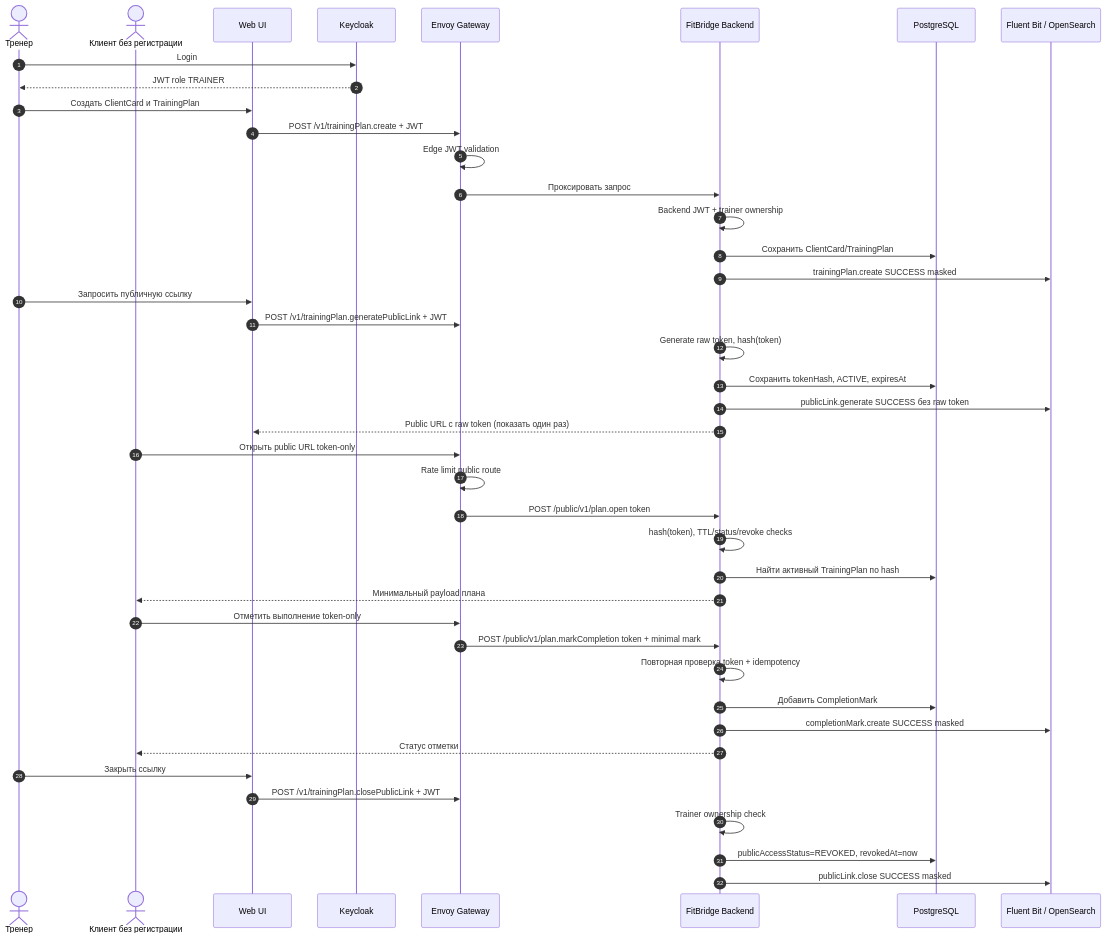
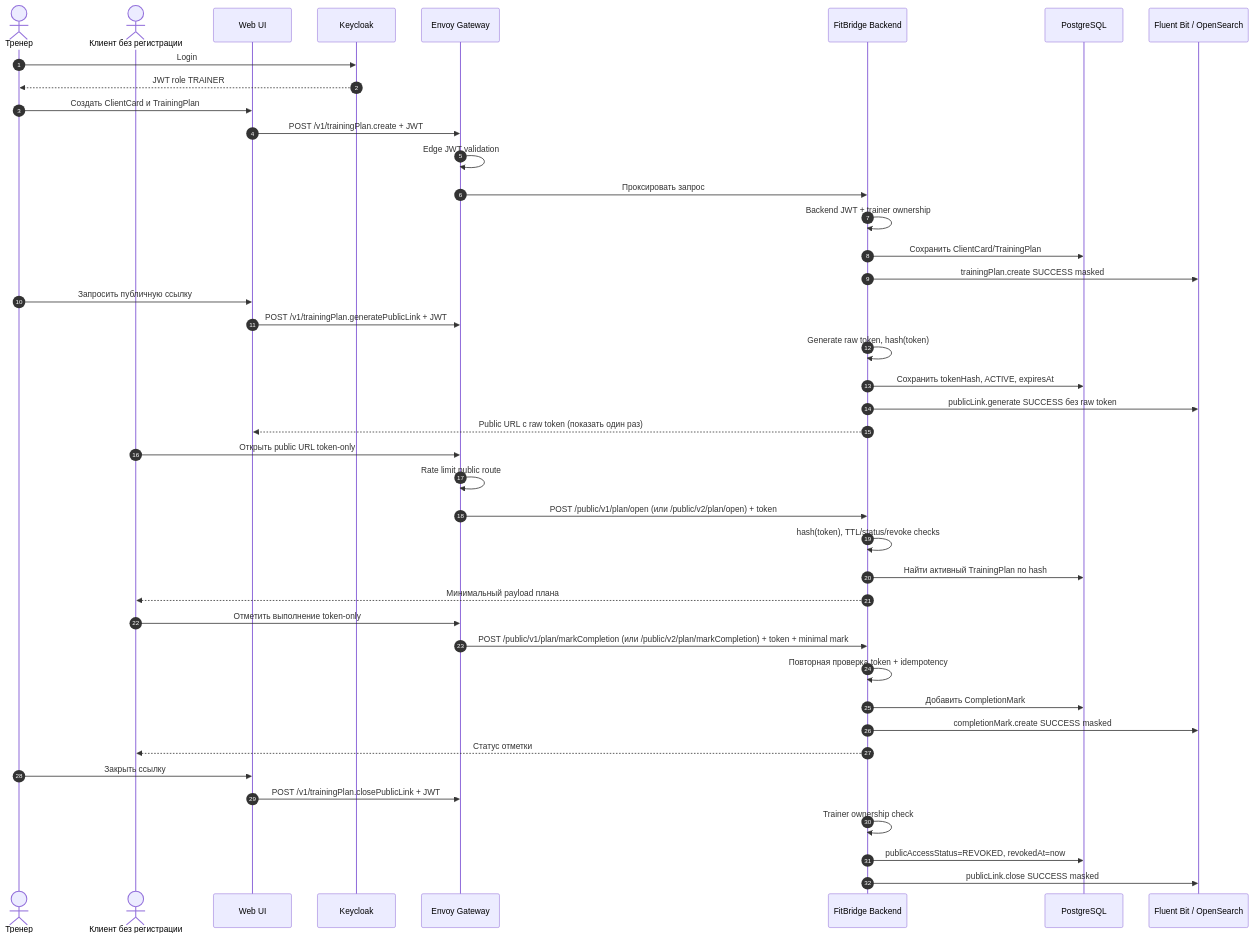
Before and after one commit to MartyanovAV/otuskotlin: the diagram in docs/03-architecture/SECURITY_ARCHITECTURE.md, drawn with Mermaid. The commit also changed other lines of this file and 20 other files, not shown here.

````diff
--- a/docs/03-architecture/SECURITY_ARCHITECTURE.md
+++ b/docs/03-architecture/SECURITY_ARCHITECTURE.md
@@ -141,49 +141,49 @@
 ```mermaid
 sequenceDiagram
     autonumber
     actor Trainer as Тренер
     actor Client as Клиент без регистрации
     participant UI as Web UI
     participant KC as Keycloak
     participant GW as Envoy Gateway
     participant API as FitBridge Backend
     participant DB as PostgreSQL
     participant LOG as Fluent Bit / OpenSearch
 
     Trainer->>KC: Login
     KC-->>Trainer: JWT role TRAINER
     Trainer->>UI: Создать ClientCard и TrainingPlan
     UI->>GW: POST /v1/trainingPlan.create + JWT
     GW->>GW: Edge JWT validation
     GW->>API: Проксировать запрос
     API->>API: Backend JWT + trainer ownership
     API->>DB: Сохранить ClientCard/TrainingPlan
     API->>LOG: trainingPlan.create SUCCESS masked
 
     Trainer->>UI: Запросить публичную ссылку
     UI->>GW: POST /v1/trainingPlan.generatePublicLink + JWT
     API->>API: Generate raw token, hash(token)
     API->>DB: Сохранить tokenHash, ACTIVE, expiresAt
     API->>LOG: publicLink.generate SUCCESS без raw token
     API-->>UI: Public URL с raw token (показать один раз)
 
     Client->>GW: Открыть public URL token-only
     GW->>GW: Rate limit public route
-    GW->>API: POST /public/v1/plan.open token
+    GW->>API: POST /public/v1/plan/open (или /public/v2/plan/open) + token
     API->>API: hash(token), TTL/status/revoke checks
     API->>DB: Найти активный TrainingPlan по hash
     API-->>Client: Минимальный payload плана
 
     Client->>GW: Отметить выполнение token-only
-    GW->>API: POST /public/v1/plan.markCompletion token + minimal mark
+    GW->>API: POST /public/v1/plan/markCompletion (или /public/v2/plan/markCompletion) + token + minimal mark
     API->>API: Повторная проверка token + idempotency
     API->>DB: Добавить CompletionMark
     API->>LOG: completionMark.create SUCCESS masked
     API-->>Client: Статус отметки
 
     Trainer->>UI: Закрыть ссылку
     UI->>GW: POST /v1/trainingPlan.closePublicLink + JWT
     API->>API: Trainer ownership check
     API->>DB: publicAccessStatus=REVOKED, revokedAt=now
     API->>LOG: publicLink.close SUCCESS masked
 ```
````
